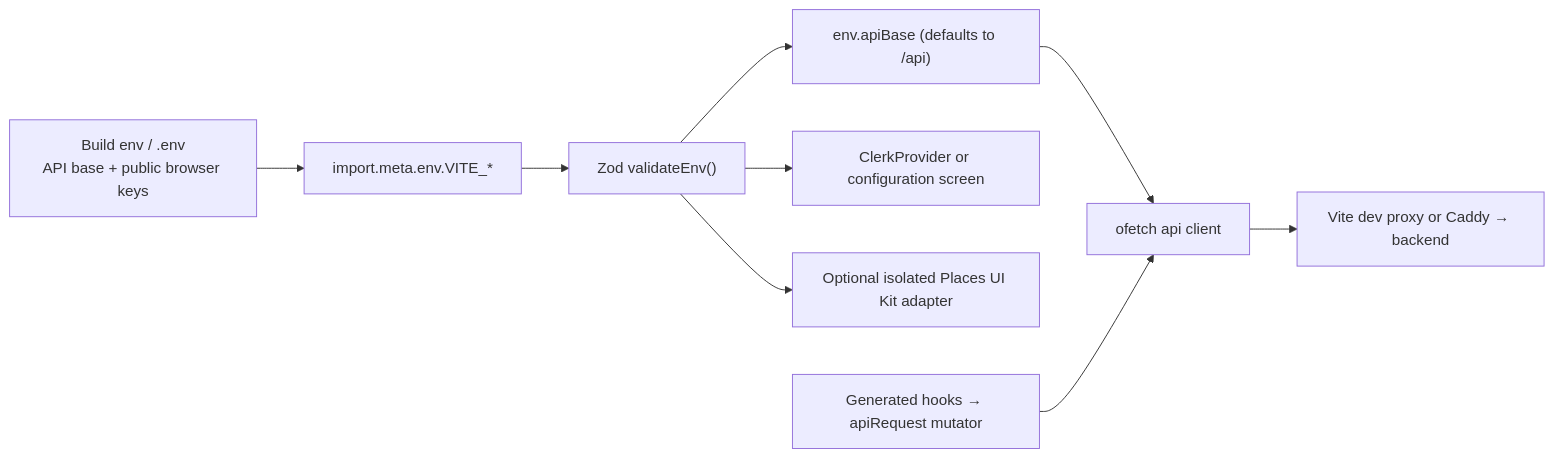
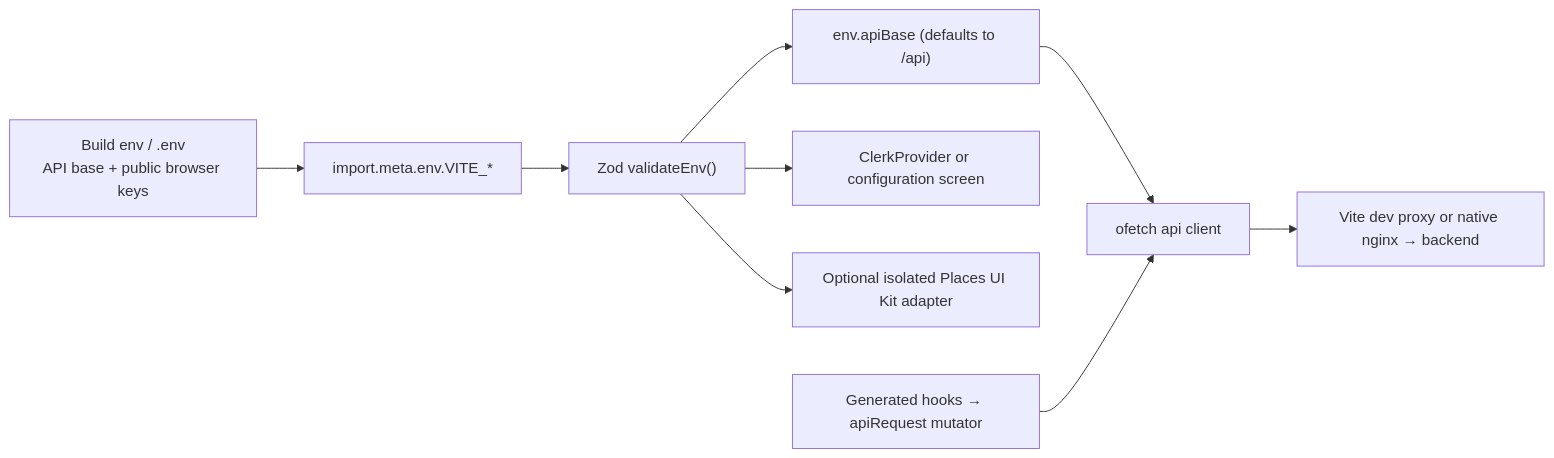
The diagram in docs/frontend.md (johnakisk0700/slopform), drawn with Mermaid before and after one commit. The commit also changed other lines of this file and 47 other files, not shown here.

````diff
--- a/docs/frontend.md
+++ b/docs/frontend.md
@@ -190,11 +212,11 @@
 ```mermaid
 flowchart LR
   build["Build env / .env\nAPI base + public browser keys"] --> expose["import.meta.env.VITE_*"]
   expose --> zod["Zod validateEnv()"]
   zod --> base["env.apiBase (defaults to /api)"]
   zod --> clerk["ClerkProvider or configuration screen"]
   zod --> places["Optional isolated Places UI Kit adapter"]
   base --> client["ofetch api client"]
   hooks["Generated hooks → apiRequest mutator"] --> client
-  client --> proxy["Vite dev proxy or Caddy → backend"]
+  client --> proxy["Vite dev proxy or native nginx → backend"]
 ```
````
